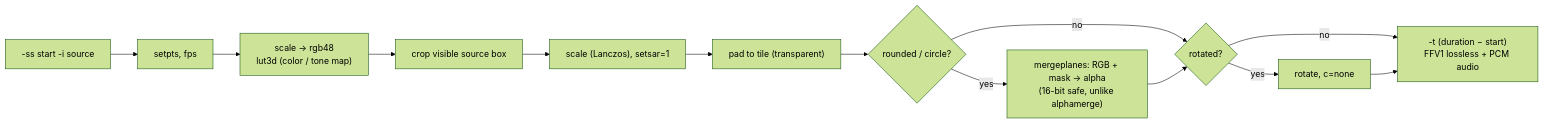
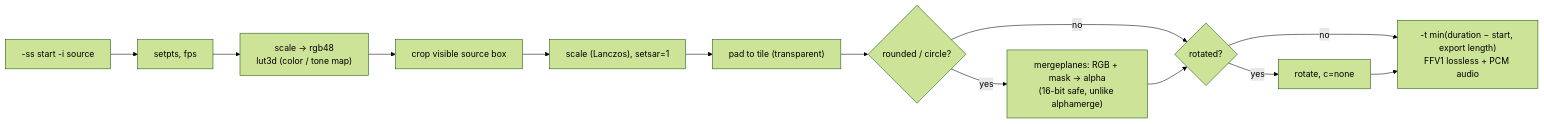
Before and after one commit to AdityaSeth777/Tessera: diagram 26 of 30 in README.md, drawn with Mermaid (forest theme). The commit also changed other lines of this file, not shown here.

````diff
--- a/README.md
+++ b/README.md
@@ -787,15 +793,15 @@
 ```mermaid
 flowchart LR
     S["-ss start -i source"] --> T["setpts, fps"]
     T --> C["scale → rgb48<br/>lut3d (color / tone map)"]
     C --> CR["crop visible source box"]
     CR --> SC["scale (Lanczos), setsar=1"]
     SC --> PD["pad to tile (transparent)"]
     PD --> MK{"rounded / circle?"}
     MK -->|yes| MP["mergeplanes: RGB + mask → alpha<br/>(16-bit safe, unlike alphamerge)"]
     MK -->|no| RO
     MP --> RO{"rotated?"}
     RO -->|yes| R["rotate, c=none"]
     RO -->|no| E
-    R --> E["-t (duration − start)<br/>FFV1 lossless + PCM audio"]
+    R --> E["-t min(duration − start, export length)<br/>FFV1 lossless + PCM audio"]
 ```
````
